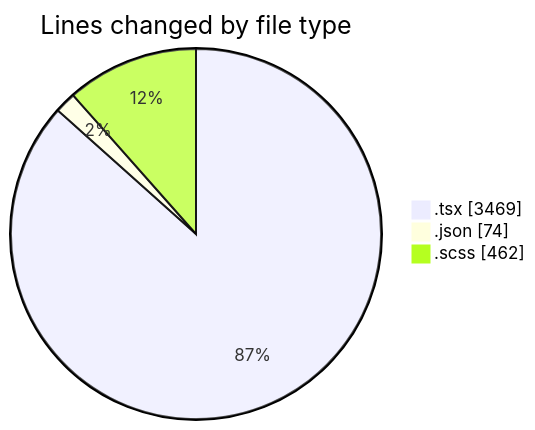
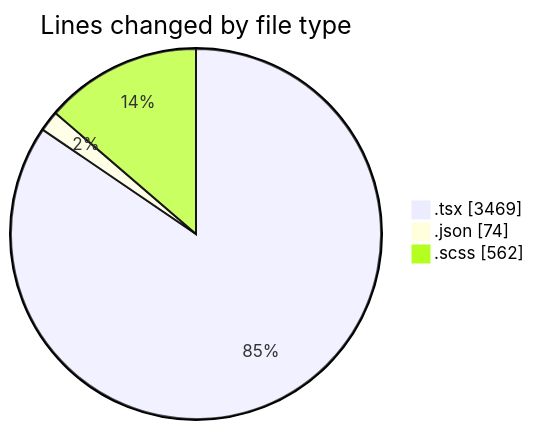
The first of 2 diagrams in 2025-04-08/cda/README.md (momahboobian/code-tracking), drawn with Mermaid before and after one commit. The commit also changed other lines of this file and 1 other file, not shown here.

````diff
--- a/2025-04-08/cda/README.md
+++ b/2025-04-08/cda/README.md
@@ -32,7 +32,7 @@
 ```mermaid
 pie showData
 title Lines changed by file type
 ".tsx" : 3469
 ".json" : 74
-".scss" : 462
+".scss" : 562
 ```
````
